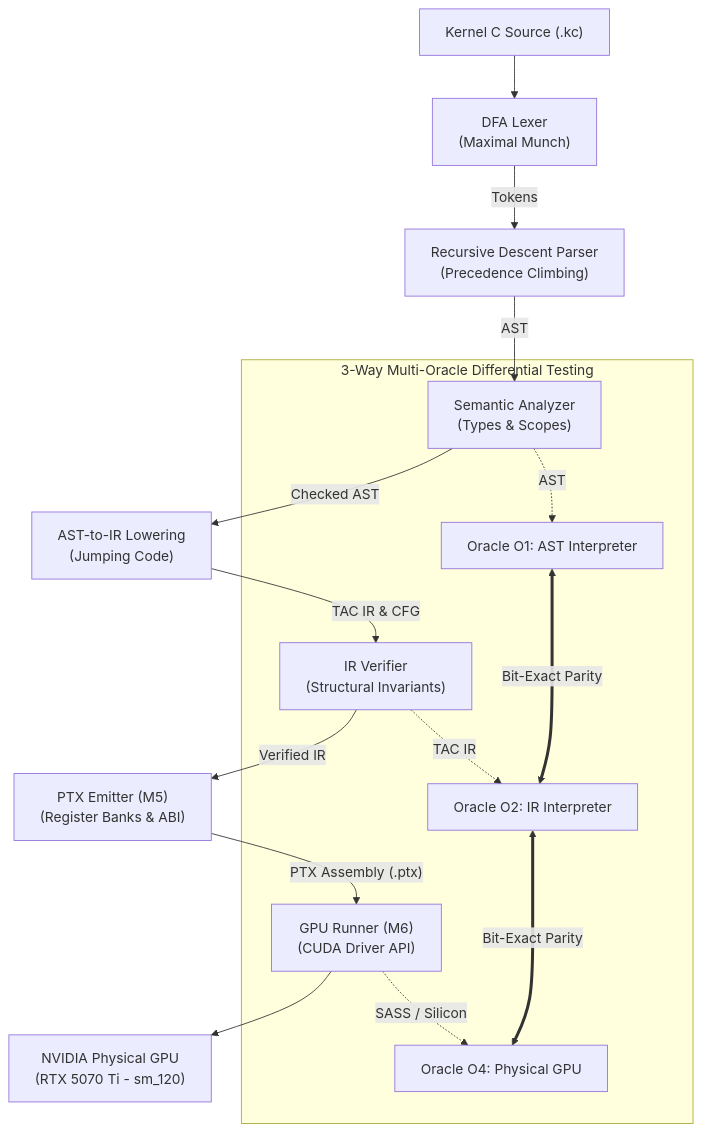
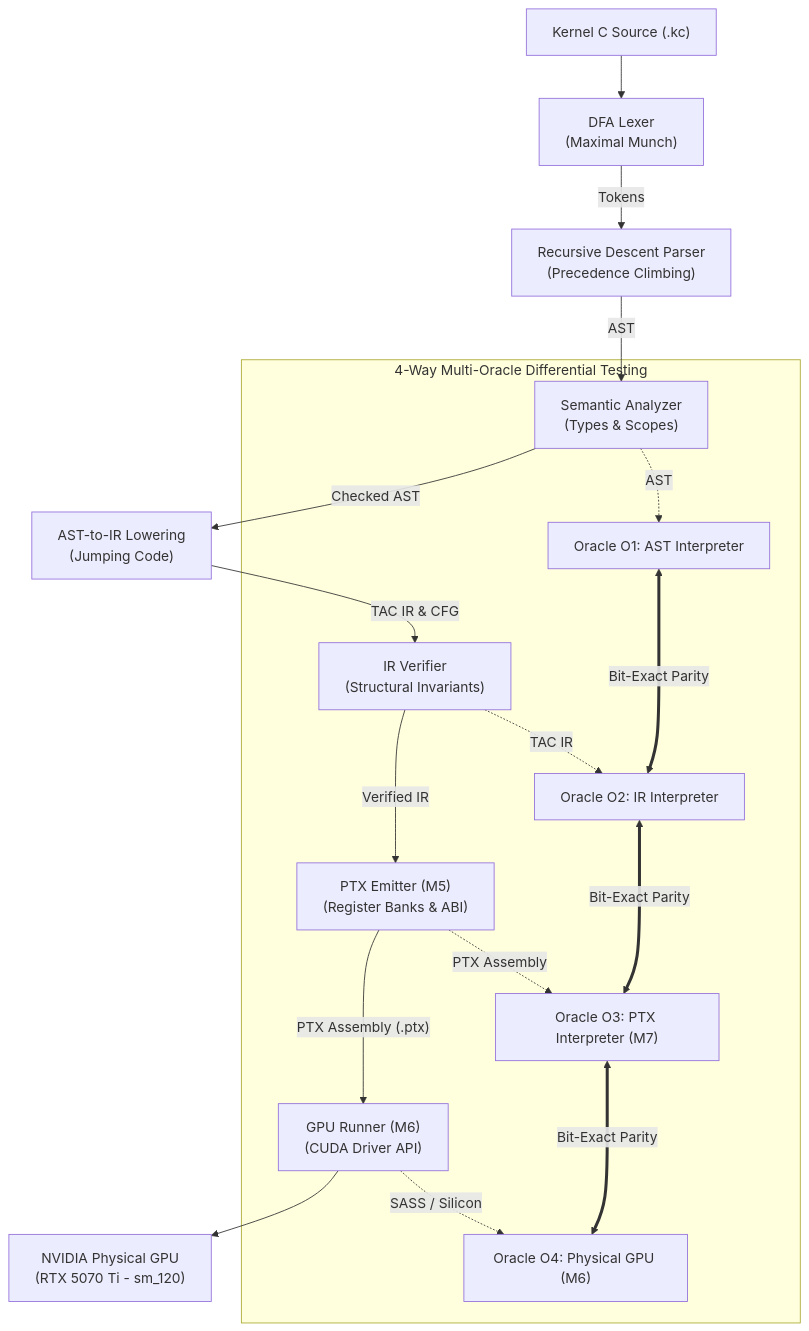
The diagram in README.md (ankhu1610/PTXLab), drawn with Mermaid before and after one commit. The commit also changed other lines of this file and 23 other files, not shown here.

Commit message:
feat(m7): implement PTX-subset parser, validator, and reference interpreter (O3)

````diff
--- a/README.md
+++ b/README.md
@@ -26,19 +27,21 @@
 ```mermaid
 flowchart TD
     Source["Kernel C Source (.kc)"] --> Lexer["DFA Lexer<br/>(Maximal Munch)"]
     Lexer -->|"Tokens"| Parser["Recursive Descent Parser<br/>(Precedence Climbing)"]
     Parser -->|"AST"| Sema["Semantic Analyzer<br/>(Types & Scopes)"]
     Sema -->|"Checked AST"| Lowering["AST-to-IR Lowering<br/>(Jumping Code)"]
     Lowering -->|"TAC IR & CFG"| Verifier["IR Verifier<br/>(Structural Invariants)"]
     Verifier -->|"Verified IR"| PTXEmitter["PTX Emitter (M5)<br/>(Register Banks & ABI)"]
     PTXEmitter -->|"PTX Assembly (.ptx)"| GPURunner["GPU Runner (M6)<br/>(CUDA Driver API)"]
     GPURunner --> Hardware["NVIDIA Physical GPU<br/>(RTX 5070 Ti - sm_120)"]
 
-    subgraph Oracles["3-Way Multi-Oracle Differential Testing"]
+    subgraph Oracles["4-Way Multi-Oracle Differential Testing"]
         Sema -.->|"AST"| O1["Oracle O1: AST Interpreter"]
         Verifier -.->|"TAC IR"| O2["Oracle O2: IR Interpreter"]
-        GPURunner -.->|"SASS / Silicon"| O4["Oracle O4: Physical GPU"]
+        PTXEmitter -.->|"PTX Assembly"| O3["Oracle O3: PTX Interpreter (M7)"]
+        GPURunner -.->|"SASS / Silicon"| O4["Oracle O4: Physical GPU (M6)"]
         O1 <===>|"Bit-Exact Parity"| O2
-        O2 <===>|"Bit-Exact Parity"| O4
+        O2 <===>|"Bit-Exact Parity"| O3
+        O3 <===>|"Bit-Exact Parity"| O4
     end
 ```
````
